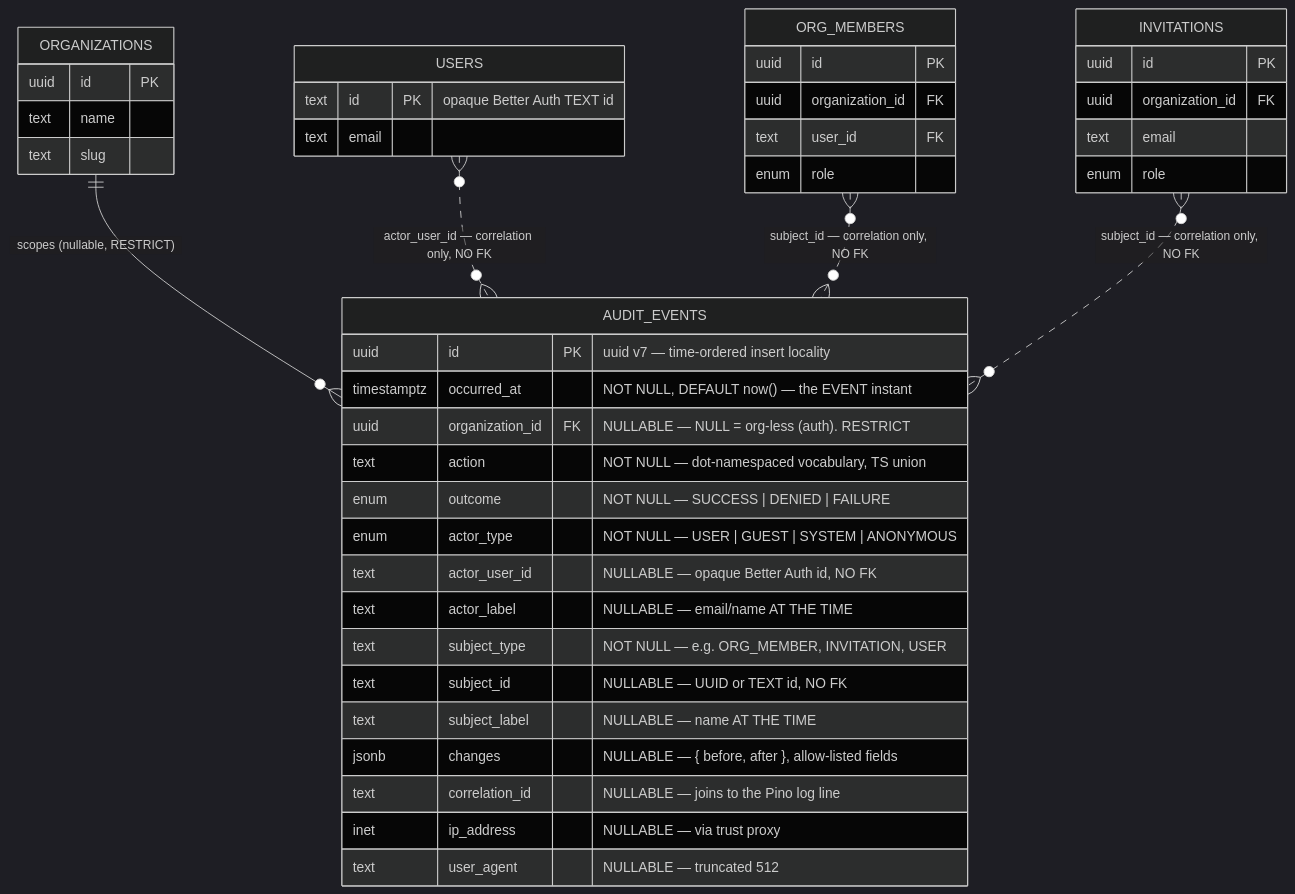
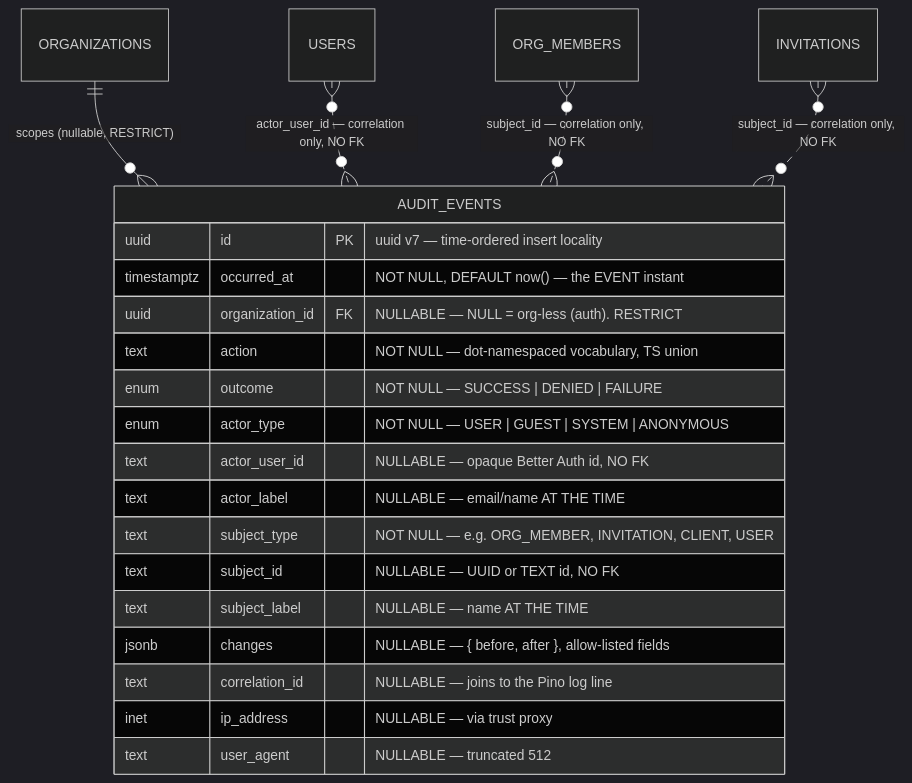
The fifth of 5 diagrams in docs/specs/audit-log/feature-spec.md (HuttonHomeHub/SchedulePoint_1), drawn with Mermaid (dark theme) before and after one commit. The commit also changed other lines of this file and 4 other files, not shown here.

````diff
--- a/docs/specs/audit-log/feature-spec.md
+++ b/docs/specs/audit-log/feature-spec.md
@@ -452,47 +631,25 @@
 ```mermaid
 erDiagram
   ORGANIZATIONS ||--o{ AUDIT_EVENTS : "scopes (nullable, RESTRICT)"
   USERS }o..o{ AUDIT_EVENTS : "actor_user_id — correlation only, NO FK"
   ORG_MEMBERS }o..o{ AUDIT_EVENTS : "subject_id — correlation only, NO FK"
   INVITATIONS }o..o{ AUDIT_EVENTS : "subject_id — correlation only, NO FK"
 
   AUDIT_EVENTS {
     uuid        id              PK "uuid v7 — time-ordered insert locality"
     timestamptz occurred_at     "NOT NULL, DEFAULT now() — the EVENT instant"
     uuid        organization_id FK "NULLABLE — NULL = org-less (auth). RESTRICT"
     text        action          "NOT NULL — dot-namespaced vocabulary, TS union"
     enum        outcome         "NOT NULL — SUCCESS | DENIED | FAILURE"
     enum        actor_type      "NOT NULL — USER | GUEST | SYSTEM | ANONYMOUS"
     text        actor_user_id   "NULLABLE — opaque Better Auth id, NO FK"
     text        actor_label     "NULLABLE — email/name AT THE TIME"
-    text        subject_type    "NOT NULL — e.g. ORG_MEMBER, INVITATION, USER"
+    text        subject_type    "NOT NULL — e.g. ORG_MEMBER, INVITATION, CLIENT, USER"
     text        subject_id      "NULLABLE — UUID or TEXT id, NO FK"
     text        subject_label   "NULLABLE — name AT THE TIME"
     jsonb       changes         "NULLABLE — { before, after }, allow-listed fields"
     text        correlation_id  "NULLABLE — joins to the Pino log line"
     inet        ip_address      "NULLABLE — via trust proxy"
     text        user_agent      "NULLABLE — truncated 512"
   }
-
-  ORGANIZATIONS {
-    uuid id PK
-    text name
-    text slug
-  }
-  USERS {
-    text id PK "opaque Better Auth TEXT id"
-    text email
-  }
-  ORG_MEMBERS {
-    uuid id PK
-    uuid organization_id FK
-    text user_id FK
-    enum role
-  }
-  INVITATIONS {
-    uuid id PK
-    uuid organization_id FK
-    text email
-    enum role
-  }
 ```
````
